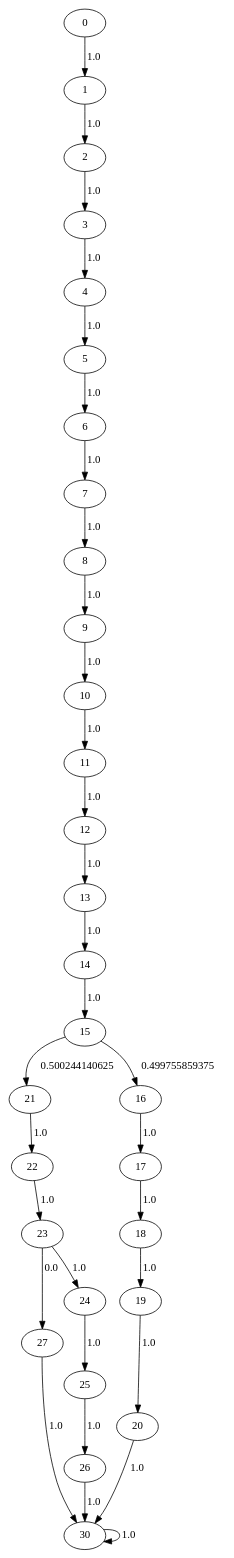
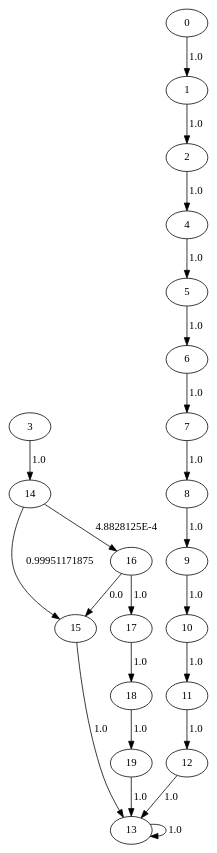
The diagram in LNode_swapNode.dot (seemantasaha/DependencyAnalysis), drawn with Graphviz before and after one commit. The commit also changed 66 other files, not shown here.

```diff
--- a/LNode_swapNode.dot
+++ b/LNode_swapNode.dot
@@ -1,33 +1,24 @@
 digraph {
+	11 -> 12[label= "1.0"];
+	12 -> 13[label= "1.0"];
+	13 -> 13[label= "1.0"];
+	14 -> 15[label= "0.99951171875"];
+	14 -> 16[label= "4.8828125E-4"];
+	15 -> 13[label= "1.0"];
+	16 -> 15[label= "0.0"];
+	16 -> 17[label= "1.0"];
+	17 -> 18[label= "1.0"];
+	18 -> 19[label= "1.0"];
+	19 -> 13[label= "1.0"];
 	0 -> 1[label= "1.0"];
 	1 -> 2[label= "1.0"];
-	2 -> 3[label= "1.0"];
-	3 -> 4[label= "1.0"];
+	2 -> 4[label= "1.0"];
+	3 -> 14[label= "1.0"];
 	4 -> 5[label= "1.0"];
 	5 -> 6[label= "1.0"];
 	6 -> 7[label= "1.0"];
 	7 -> 8[label= "1.0"];
 	8 -> 9[label= "1.0"];
 	9 -> 10[label= "1.0"];
 	10 -> 11[label= "1.0"];
-	11 -> 12[label= "1.0"];
-	12 -> 13[label= "1.0"];
-	13 -> 14[label= "1.0"];
-	14 -> 15[label= "1.0"];
-	15 -> 21[label= "0.500244140625"];
-	15 -> 16[label= "0.499755859375"];
-	16 -> 17[label= "1.0"];
-	17 -> 18[label= "1.0"];
-	18 -> 19[label= "1.0"];
-	19 -> 20[label= "1.0"];
-	20 -> 30[label= "1.0"];
-	21 -> 22[label= "1.0"];
-	22 -> 23[label= "1.0"];
-	23 -> 27[label= "0.0"];
-	23 -> 24[label= "1.0"];
-	24 -> 25[label= "1.0"];
-	25 -> 26[label= "1.0"];
-	26 -> 30[label= "1.0"];
-	27 -> 30[label= "1.0"];
-	30 -> 30[label= "1.0"];
 }
```
